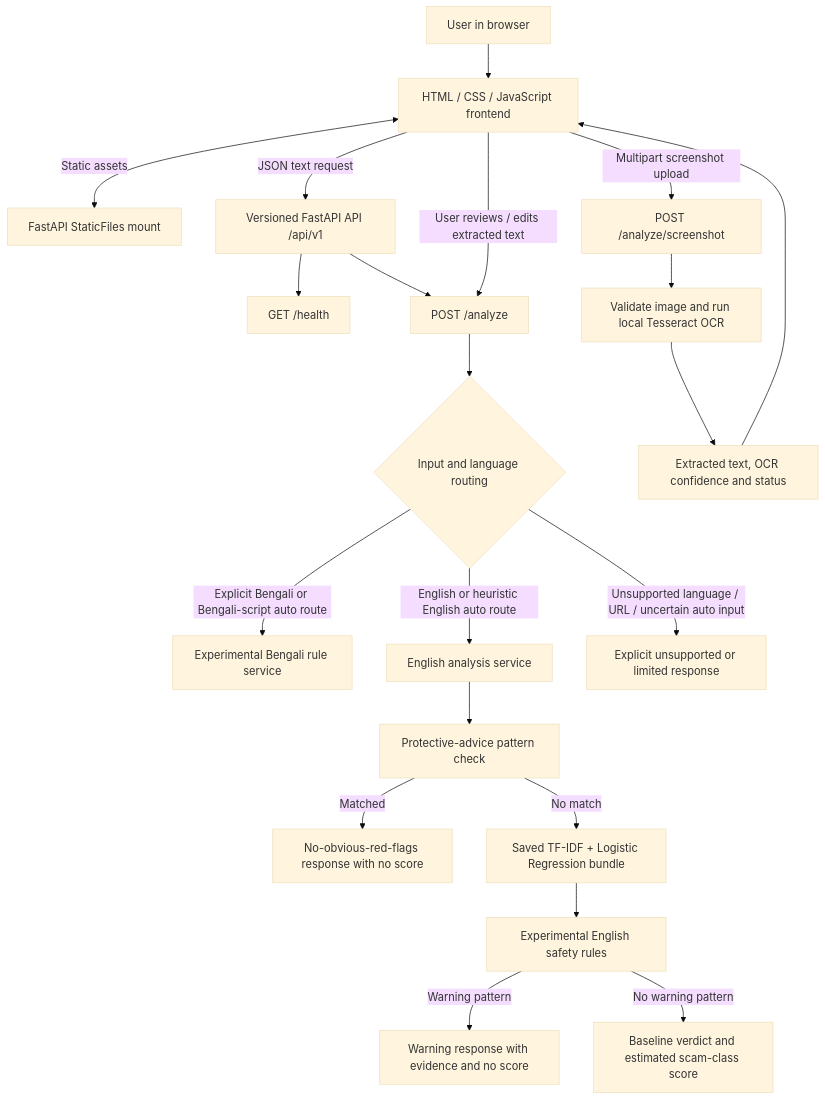
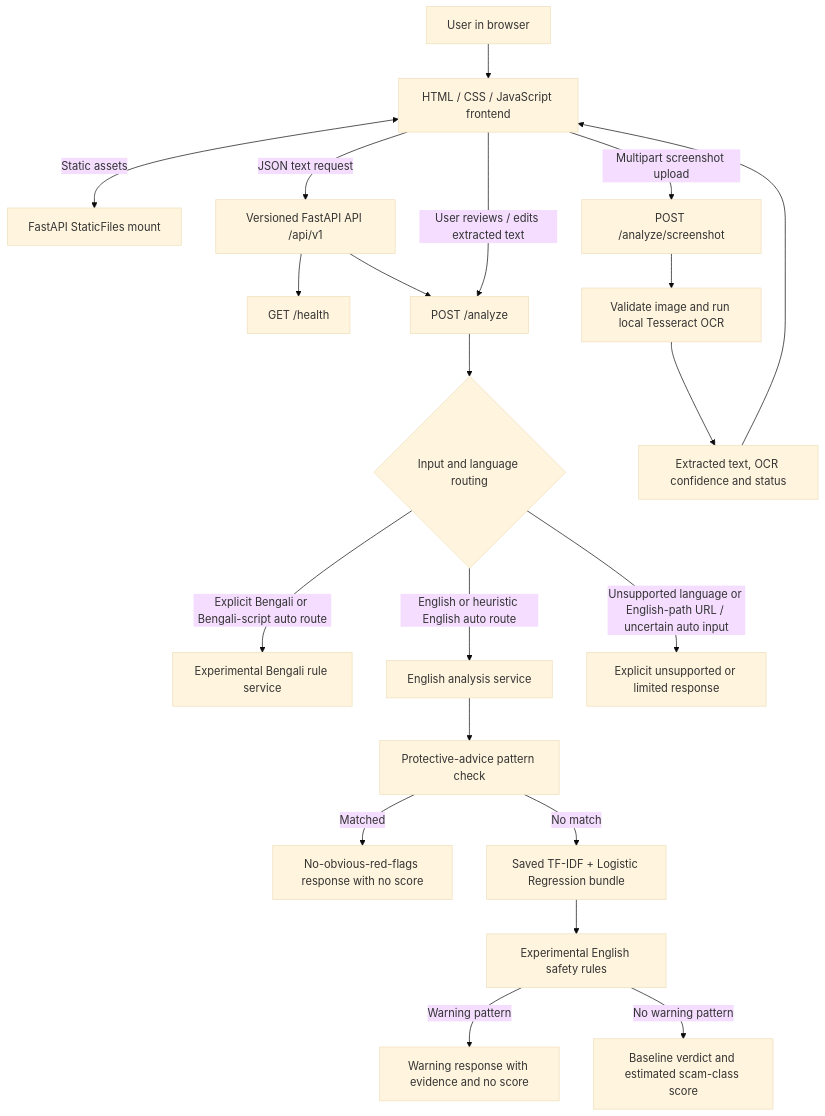
Before and after one commit to devmehrotra-git/CyberHead_Sotorko: the first of 2 diagrams in docs/architecture.md, drawn with Mermaid (base theme). The commit also changed other lines of this file, not shown here.

Commit message:
docs: clarify current URL routing limitation

````diff
--- a/docs/architecture.md
+++ b/docs/architecture.md
@@ -33,26 +33,26 @@
 ```mermaid
 flowchart TD
     U[User in browser] --> UI[HTML / CSS / JavaScript frontend]
     UI <-->|Static assets| STATIC[FastAPI StaticFiles mount]
     UI -->|JSON text request| API[Versioned FastAPI API /api/v1]
     UI -->|Multipart screenshot upload| OCRAPI[POST /analyze/screenshot]
     API --> HEALTH[GET /health]
     API --> ANALYZE[POST /analyze]
 
     ANALYZE --> ROUTE{Input and language routing}
     ROUTE -->|Explicit Bengali or Bengali-script auto route| BN[Experimental Bengali rule service]
     ROUTE -->|English or heuristic English auto route| EN[English analysis service]
-    ROUTE -->|Unsupported language / URL / uncertain auto input| LIMITED[Explicit unsupported or limited response]
+    ROUTE -->|Unsupported language or English-path URL / uncertain auto input| LIMITED[Explicit unsupported or limited response]
 
     EN --> PROTECT[Protective-advice pattern check]
     PROTECT -->|Matched| ADVICE[No-obvious-red-flags response with no score]
     PROTECT -->|No match| MODEL[Saved TF-IDF + Logistic Regression bundle]
     MODEL --> SAFETY[Experimental English safety rules]
     SAFETY -->|Warning pattern| EVIDENCE[Warning response with evidence and no score]
     SAFETY -->|No warning pattern| SCORE[Baseline verdict and estimated scam-class score]
 
     OCRAPI --> OCR[Validate image and run local Tesseract OCR]
     OCR --> TEXT[Extracted text, OCR confidence and status]
     TEXT --> UI
     UI -->|User reviews / edits extracted text| ANALYZE
 ```
````
